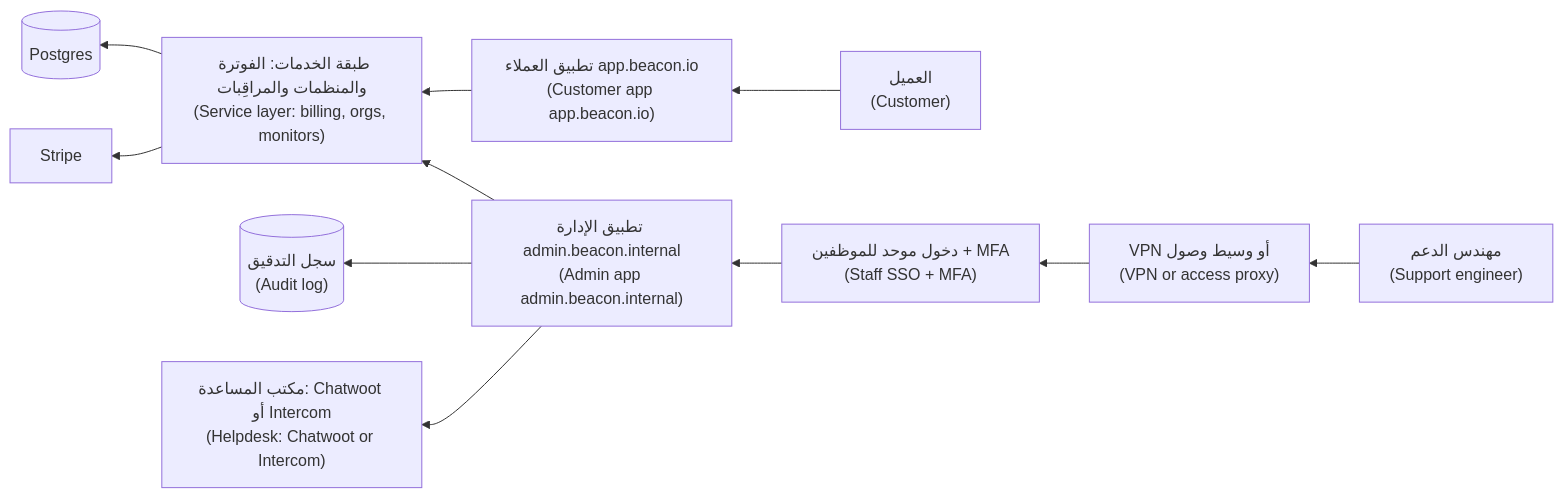
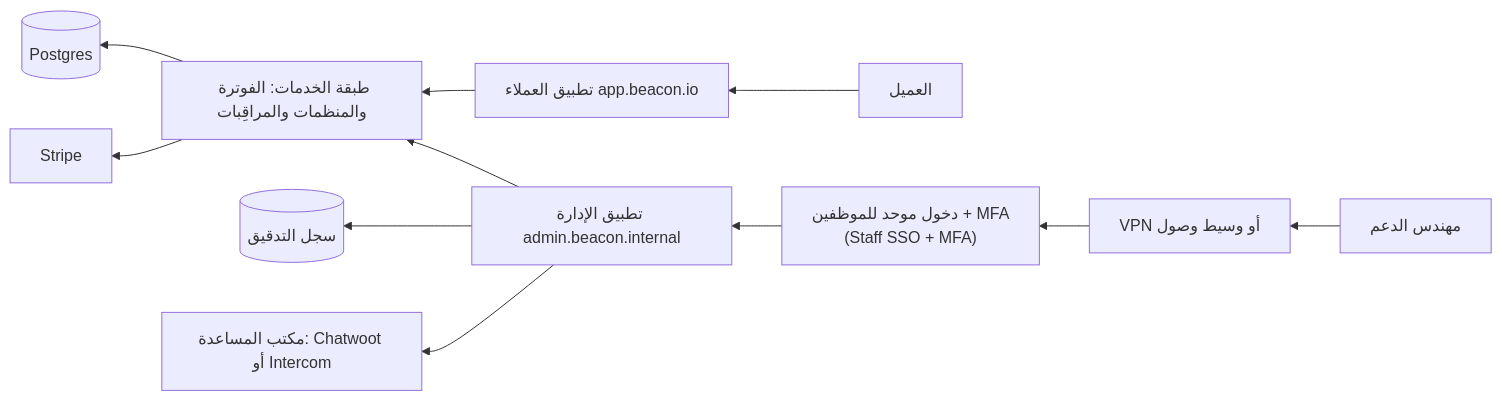
The first of 7 diagrams in saas/modules/07-operations.ar.md (Tamoura/system-design-for-vibe-coders), drawn with Mermaid before and after one commit. The commit also changed other lines of this file and 551 other files, not shown here.

````diff
--- a/saas/modules/07-operations.ar.md
+++ b/saas/modules/07-operations.ar.md
@@ -54,13 +54,13 @@
 ```mermaid
 flowchart RL
-  Staff["مهندس الدعم<br/>(Support engineer)"] --> Proxy["VPN أو وسيط وصول<br/>(VPN or access proxy)"]
+  Staff["مهندس الدعم"] --> Proxy["VPN أو وسيط وصول"]
   Proxy --> IdP["دخول موحد للموظفين + MFA<br/>(Staff SSO + MFA)"]
-  IdP --> Admin["تطبيق الإدارة admin.beacon.internal<br/>(Admin app admin.beacon.internal)"]
-  Admin --> Svc["طبقة الخدمات: الفوترة والمنظمات والمراقِبات<br/>(Service layer: billing, orgs, monitors)"]
-  Customer["العميل<br/>(Customer)"] --> App["تطبيق العملاء app.beacon.io<br/>(Customer app app.beacon.io)"]
+  IdP --> Admin["تطبيق الإدارة admin.beacon.internal"]
+  Admin --> Svc["طبقة الخدمات: الفوترة والمنظمات والمراقِبات"]
+  Customer["العميل"] --> App["تطبيق العملاء app.beacon.io"]
   App --> Svc
   Svc --> DB[("Postgres")]
   Svc --> Stripe["Stripe"]
-  Admin --> Audit[("سجل التدقيق<br/>(Audit log)")]
-  Admin --> Helpdesk["مكتب المساعدة: Chatwoot أو Intercom<br/>(Helpdesk: Chatwoot or Intercom)"]
+  Admin --> Audit[("سجل التدقيق")]
+  Admin --> Helpdesk["مكتب المساعدة: Chatwoot أو Intercom"]
 ```
````
